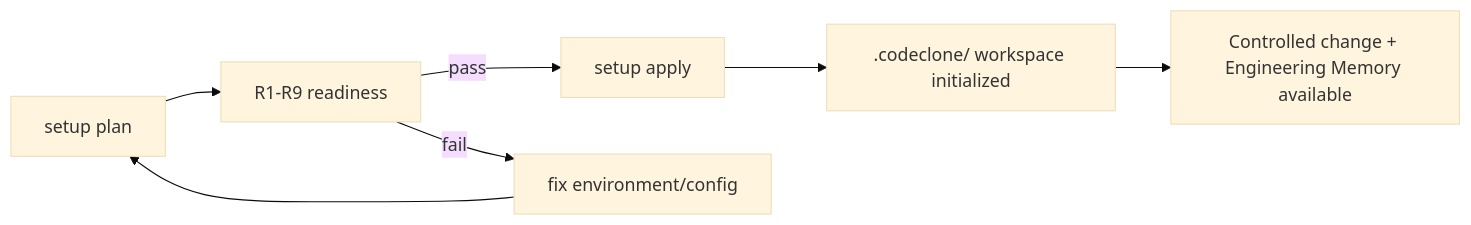
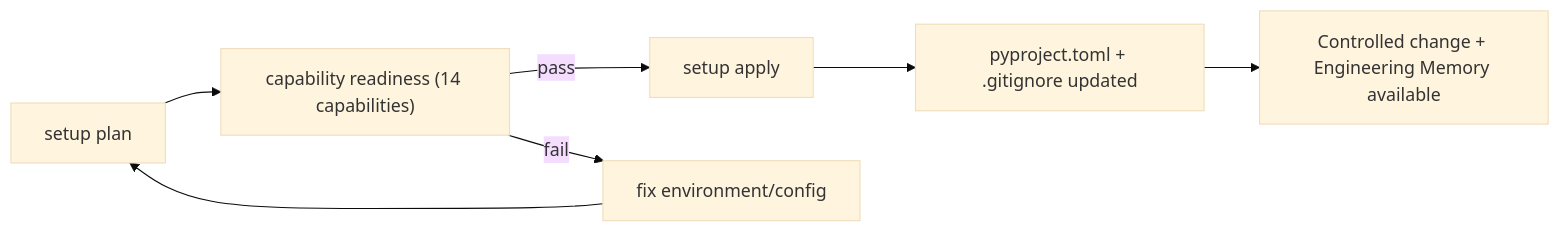
Before and after one commit to orenlab/codeclone: the diagram in docs/concepts/project-setup.md, drawn with Mermaid (base theme). The commit also changed other lines of this file and 38 other files, not shown here.

````diff
--- a/docs/concepts/project-setup.md
+++ b/docs/concepts/project-setup.md
@@ -30,9 +30,9 @@
 ```mermaid
 graph LR
-    A["setup plan"] --> B["R1-R9 readiness"]
+    A["setup plan"] --> B["capability readiness (14 capabilities)"]
     B -->|pass| C["setup apply"]
     B -->|fail| D["fix environment/config"]
     D --> A
-    C --> E[".codeclone/ workspace initialized"]
+    C --> E["pyproject.toml + .gitignore updated"]
     E --> F["Controlled change + Engineering Memory available"]
 ```
````
